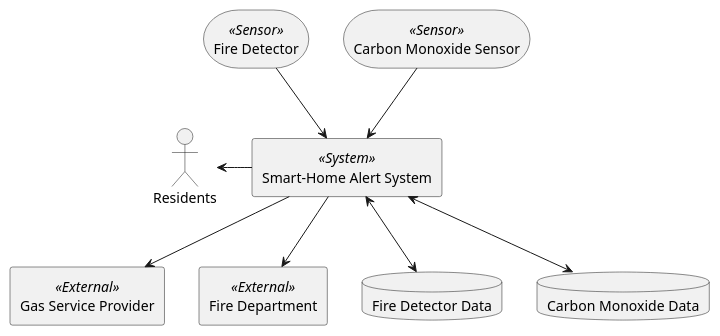
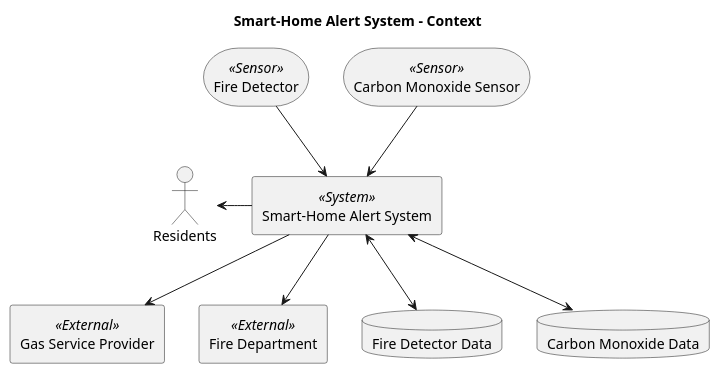
One commit to AndesRafa/IoT_Challenge8 changed the diagram in 03.Case_Study/01.Smart-Home_Alert_System_01.Context.puml. Above: the diagram before and after it, drawn with PlantUML. The commit also changed 1 other file, not shown here.

Commit message:
Fixed context image reference

```diff
--- a/03.Case_Study/01.Smart-Home_Alert_System_01.Context.puml
+++ b/03.Case_Study/01.Smart-Home_Alert_System_01.Context.puml
@@ -1,26 +1,28 @@
 @startuml
+title Smart-Home Alert System - Context
+
 'Entities'
 actor Residents as res
 storage "Fire Detector" as fd <<Sensor>>
 storage "Carbon Monoxide Sensor" as cmd <<Sensor>>
 
 'System'
 rectangle "Smart-Home Alert System" as smas <<System>>
 
 'Externals'
 rectangle "Gas Service Provider" as gsp <<External>>
 rectangle "Fire Department" as fdpt <<External>>
 
 'Databases'
 database "Fire Detector Data" as fdb
 database "Carbon Monoxide Data" as cmdb
 
 'Relations'
 fd --> smas
 cmd --> smas
 res <-right- smas
 smas --> gsp
 smas --> fdpt
 smas <--> fdb
 smas <--> cmdb
 @enduml
```
